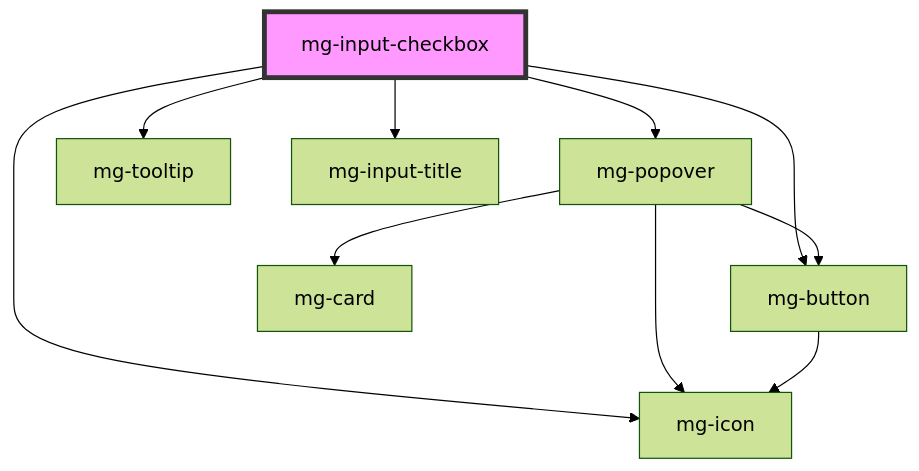
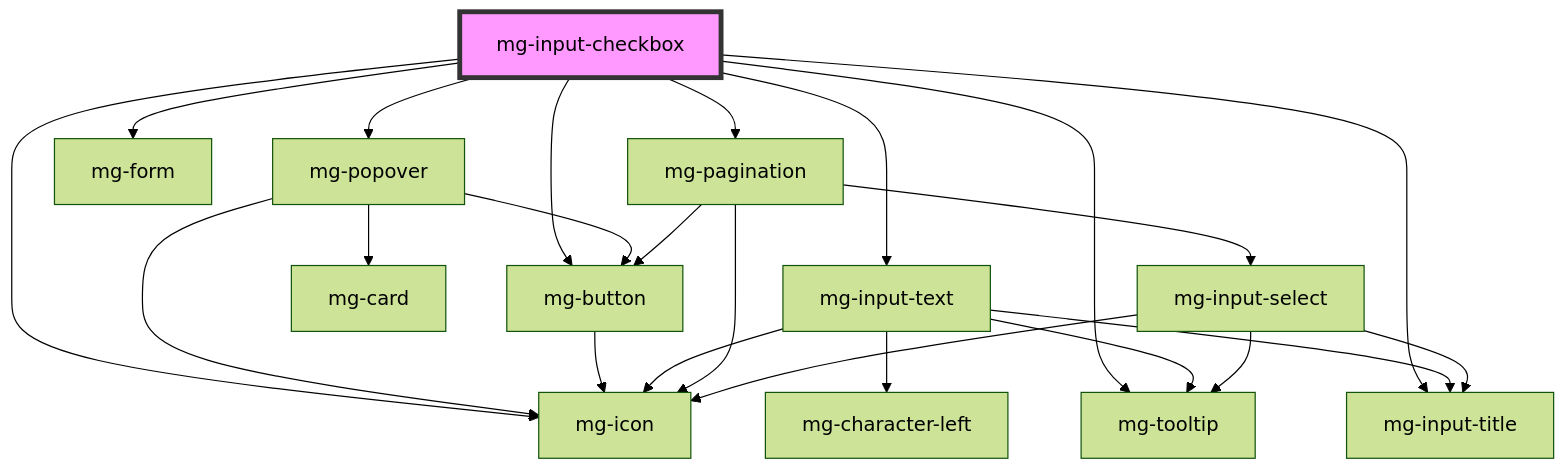
One commit to MGDIS/core-ui changed the diagram in packages/mg-components/src/components/molecules/inputs/mg-input-checkbox/readme.md. Above: the diagram before and after it, drawn with Mermaid (forest theme). The commit also changed other lines of this file and 11 other files, not shown here.

First line of the commit message:
feat(mgInputCheckbox): add search features

````diff
--- a/packages/mg-components/src/components/molecules/inputs/mg-input-checkbox/readme.md
+++ b/packages/mg-components/src/components/molecules/inputs/mg-input-checkbox/readme.md
@@ -143,13 +146,26 @@
 ```mermaid
 graph TD;
   mg-input-checkbox --> mg-popover
   mg-input-checkbox --> mg-button
   mg-input-checkbox --> mg-icon
+  mg-input-checkbox --> mg-form
+  mg-input-checkbox --> mg-input-text
+  mg-input-checkbox --> mg-pagination
   mg-input-checkbox --> mg-tooltip
   mg-input-checkbox --> mg-input-title
   mg-popover --> mg-card
   mg-popover --> mg-button
   mg-popover --> mg-icon
   mg-button --> mg-icon
+  mg-input-text --> mg-icon
+  mg-input-text --> mg-character-left
+  mg-input-text --> mg-tooltip
+  mg-input-text --> mg-input-title
+  mg-pagination --> mg-button
+  mg-pagination --> mg-icon
+  mg-pagination --> mg-input-select
+  mg-input-select --> mg-tooltip
+  mg-input-select --> mg-icon
+  mg-input-select --> mg-input-title
   style mg-input-checkbox fill:#f9f,stroke:#333,stroke-width:4px
 ```
````
